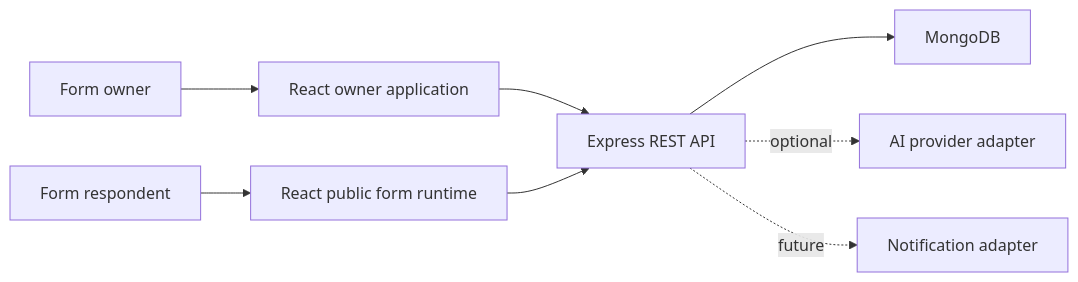
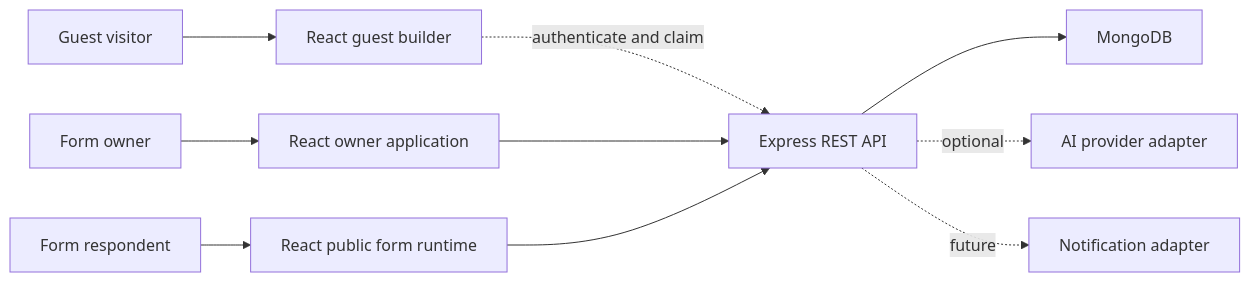
Before and after one commit to TshephangMogotsi/FormForge: the first of 2 diagrams in docs/ARCHITECTURE.md, drawn with Mermaid. The commit also changed other lines of this file and 69 other files, not shown here.

First line of the commit message:
Launch the guest-first builder and social sign-in (#7)

````diff
--- a/docs/ARCHITECTURE.md
+++ b/docs/ARCHITECTURE.md
@@ -10,10 +11,12 @@
 ```mermaid
 flowchart LR
+    Visitor["Guest visitor"] --> Guest["React guest builder"]
     Owner["Form owner"] --> Client["React owner application"]
     Respondent["Form respondent"] --> Public["React public form runtime"]
-    Client --> API["Express REST API"]
+    Guest -. authenticate and claim .-> API["Express REST API"]
+    Client --> API
     Public --> API
     API --> Mongo["MongoDB"]
     API -. optional .-> AI["AI provider adapter"]
     API -. future .-> Notify["Notification adapter"]
 ```
````
